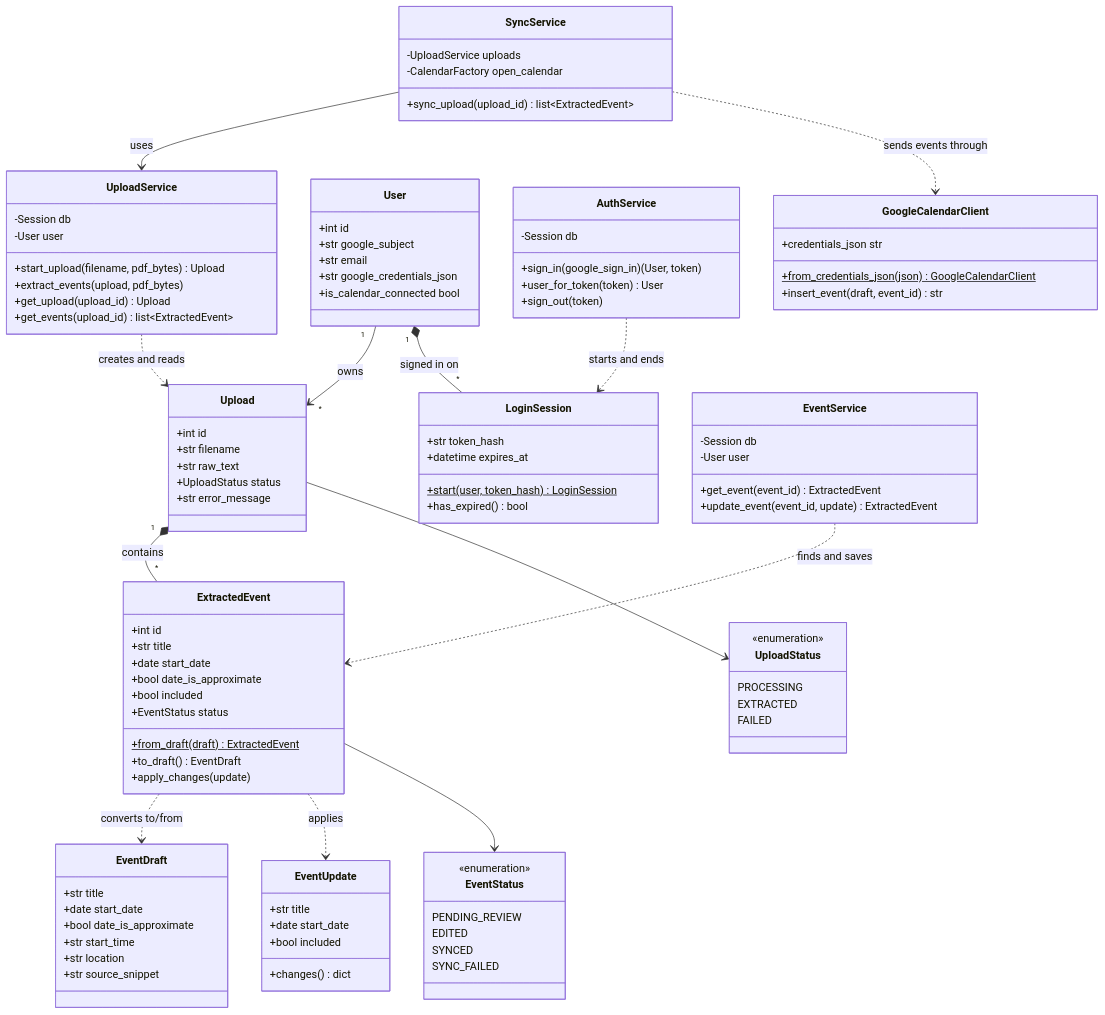
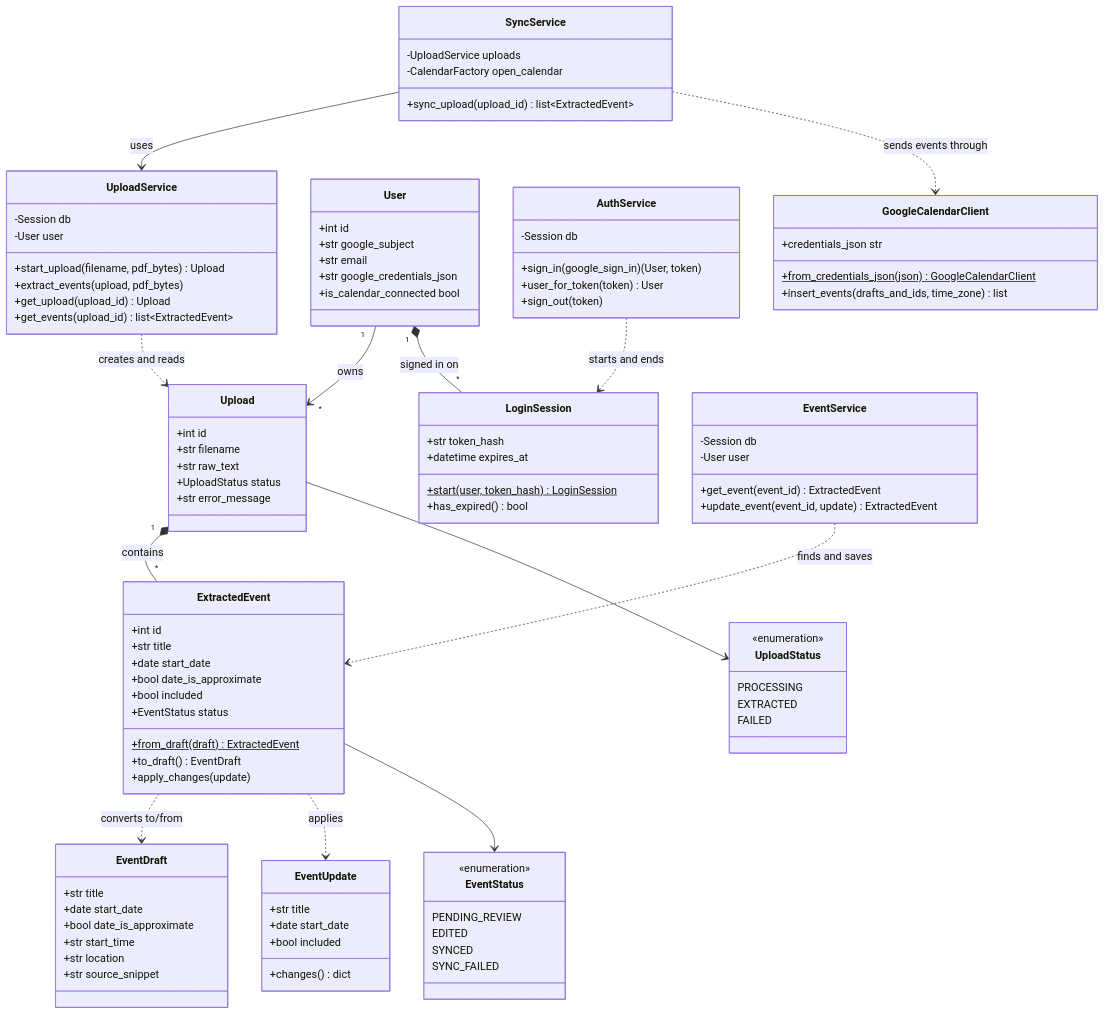
The second of 7 diagrams in ARCHITECTURE.md (liam-shah/Syllabus2Cal), drawn with Mermaid before and after one commit. The commit also changed other lines of this file and 13 other files, not shown here.

```diff
--- a/ARCHITECTURE.md
+++ b/ARCHITECTURE.md
@@ -131,7 +131,7 @@
     }
     class GoogleCalendarClient {
         +from_credentials_json(json)$ GoogleCalendarClient
-        +insert_event(draft, event_id) str
+        +insert_events(drafts_and_ids, time_zone) list
         +credentials_json str
     }
     class EventDraft {
```
